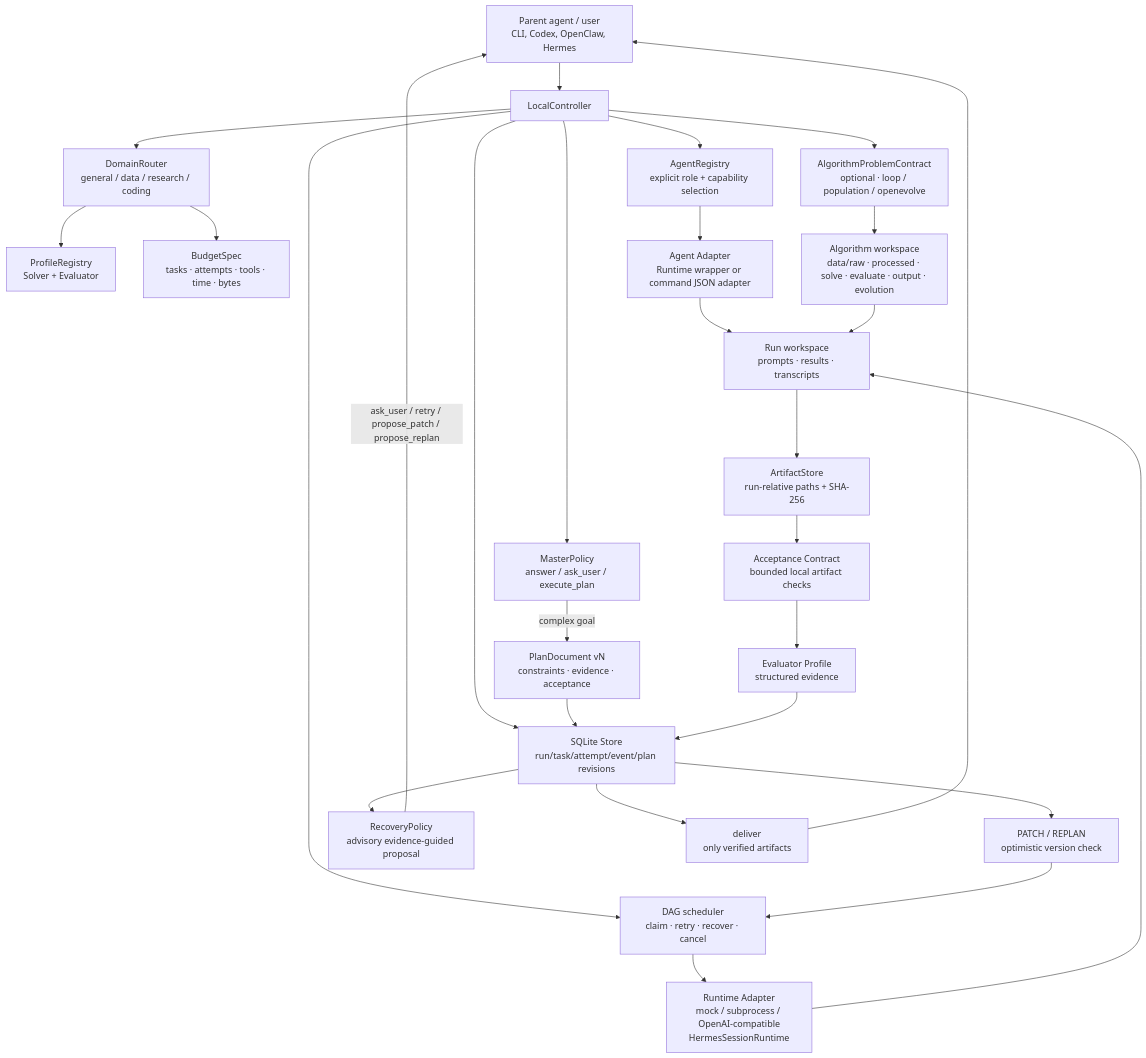
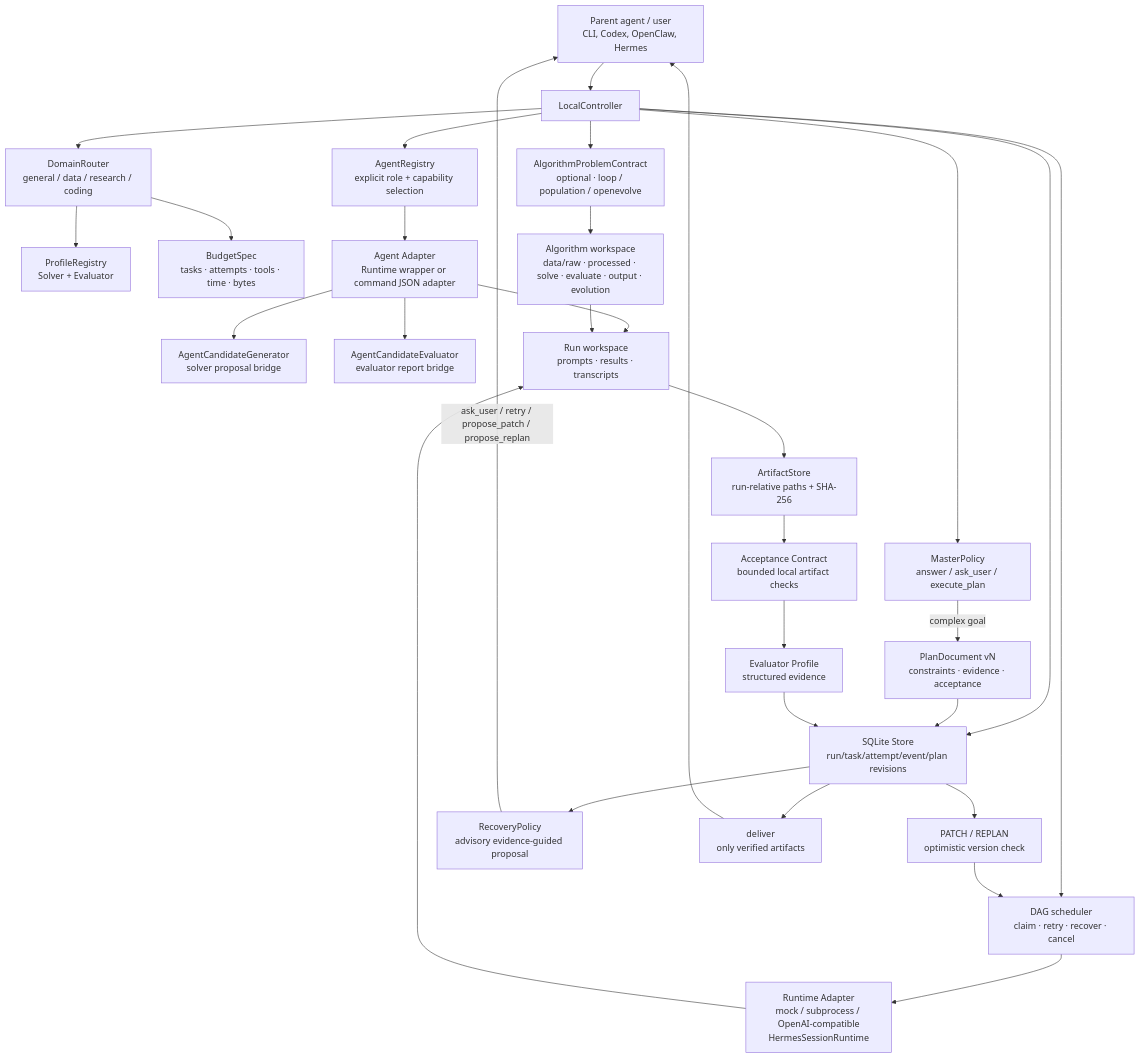
The diagram in docs/architecture.md (vchive/Lunar-Agent), drawn with Mermaid before and after one commit. The commit also changed other lines of this file and 13 other files, not shown here.

````diff
--- a/docs/architecture.md
+++ b/docs/architecture.md
@@ -8,30 +8,32 @@
 ```mermaid
 flowchart TD
     P[Parent agent / user\nCLI, Codex, OpenClaw, Hermes] --> C[LocalController]
     C --> R[DomainRouter\ngeneral / data / research / coding]
     R --> PR[ProfileRegistry\nSolver + Evaluator]
     C --> AP[AlgorithmProblemContract\noptional · loop / population / openevolve]
     R --> B[BudgetSpec\ntasks · attempts · tools · time · bytes]
     C --> M[MasterPolicy\nanswer / ask_user / execute_plan]
     M -->|complex goal| PD[PlanDocument vN\nconstraints · evidence · acceptance]
     C --> S[SQLite Store\nrun/task/attempt/event/plan revisions]
     PD --> S
     C --> D[DAG scheduler\nclaim · retry · recover · cancel]
     D --> A[Runtime Adapter\nmock / subprocess / OpenAI-compatible\nHermesSessionRuntime]
     C --> AR[AgentRegistry\nexplicit role + capability selection]
     AR --> AA[Agent Adapter\nRuntime wrapper or command JSON adapter]
+    AA --> AG[AgentCandidateGenerator\nsolver proposal bridge]
+    AA --> AE[AgentCandidateEvaluator\nevaluator report bridge]
     A --> W[Run workspace\nprompts · results · transcripts]
     AA --> W
     AP --> AW[Algorithm workspace\ndata/raw · processed · solve · evaluate · output · evolution]
     AW --> W
     W --> AS[ArtifactStore\nrun-relative paths + SHA-256]
     AS --> AC[Acceptance Contract\nbounded local artifact checks]
     AC --> E[Evaluator Profile\nstructured evidence]
     E --> S
     S --> V[PATCH / REPLAN\noptimistic version check]
     V --> D
     S --> RP[RecoveryPolicy\nadvisory evidence-guided proposal]
     RP -->|ask_user / retry / propose_patch / propose_replan| P
     S --> DL[deliver\nonly verified artifacts]
     DL --> P
 ```
````
